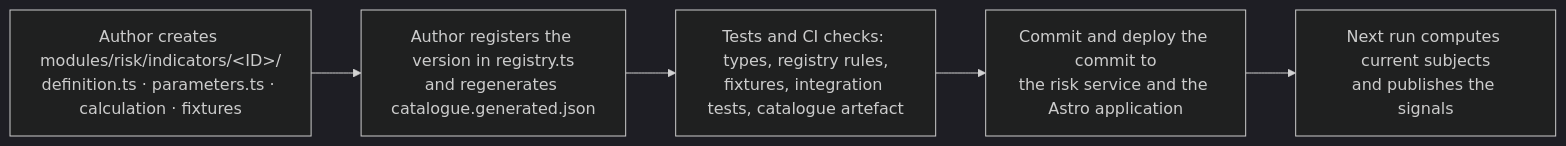
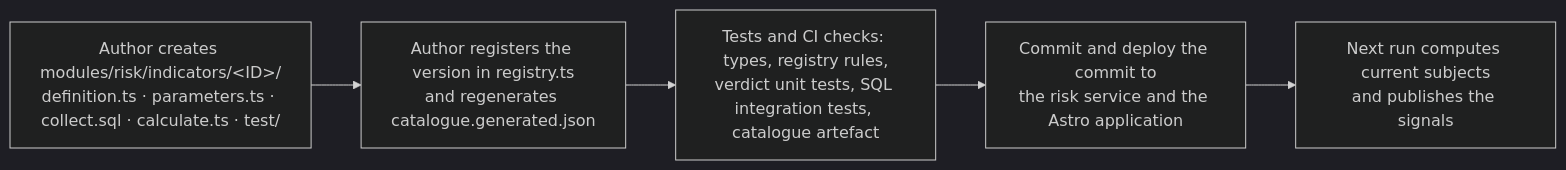
One commit to Viespirkiu-grupe/viespirkiai changed the fifth of 7 diagrams in docs/indicators-story/risk-service-architecture.md. Above: the diagram before and after it, drawn with Mermaid (dark theme). The commit also changed other lines of this file and 16 other files, not shown here.

````diff
--- a/docs/indicators-story/risk-service-architecture.md
+++ b/docs/indicators-story/risk-service-architecture.md
@@ -1347,9 +1574,9 @@
 ```mermaid
 flowchart LR
-    DIR["Author creates modules/risk/indicators/&lt;ID&gt;/<br/>definition.ts · parameters.ts · calculation · fixtures"]
+    DIR["Author creates modules/risk/indicators/&lt;ID&gt;/<br/>definition.ts · parameters.ts · collect.sql · calculate.ts · test/"]
     REG["Author registers the version in registry.ts<br/>and regenerates catalogue.generated.json"]
-    CI["Tests and CI checks: types, registry rules,<br/>fixtures, integration tests, catalogue artefact"]
+    CI["Tests and CI checks: types, registry rules,<br/>verdict unit tests, SQL integration tests, catalogue artefact"]
     GIT["Commit and deploy the commit to<br/>the risk service and the Astro application"]
     RUN["Next run computes current subjects<br/>and publishes the signals"]
     DIR --> REG --> CI --> GIT --> RUN
 ```
````
